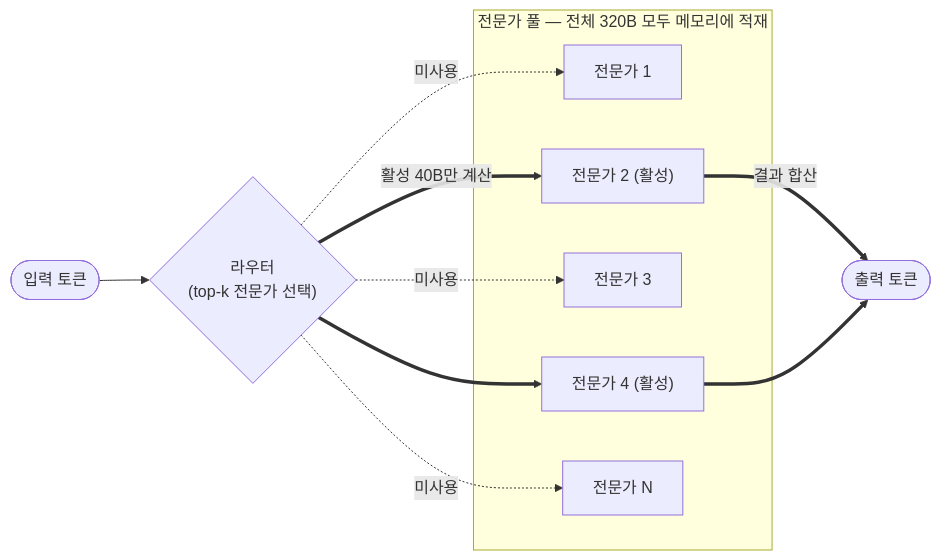
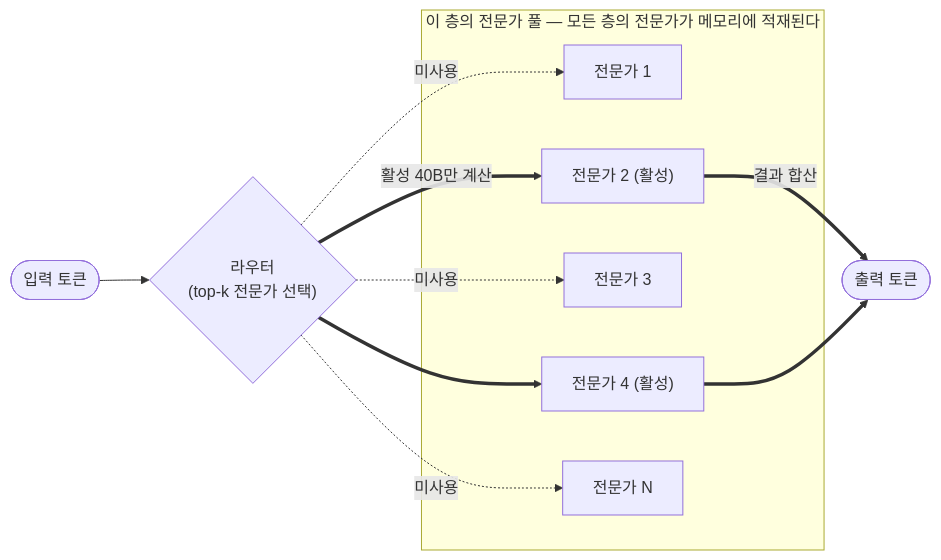
Before and after one commit to daehyoung/blog: the first of 5 diagrams in content/posts/2026-06-28-llm-agents.md, drawn with Mermaid. The commit also changed other lines of this file and 8 other files, not shown here.

````diff
--- a/content/posts/2026-06-28-llm-agents.md
+++ b/content/posts/2026-06-28-llm-agents.md
@@ -173,18 +187,18 @@
 ```mermaid
 flowchart LR
     IN(["입력 토큰"]) --> R{"라우터\n(top-k 전문가 선택)"}
-    subgraph POOL ["전문가 풀 — 전체 320B 모두 메모리에 적재"]
+    subgraph POOL ["이 층의 전문가 풀 — 모든 층의 전문가가 메모리에 적재된다"]
         E1["전문가 1"]
         E2["전문가 2 (활성)"]
         E3["전문가 3"]
         E4["전문가 4 (활성)"]
         E5["전문가 N"]
     end
     R == "활성 40B만 계산" ==> E2
     R ==> E4
     R -. 미사용 .-> E1
     R -. 미사용 .-> E3
     R -. 미사용 .-> E5
     E2 == 결과 합산 ==> OUT(["출력 토큰"])
     E4 ==> OUT
 ```
````
